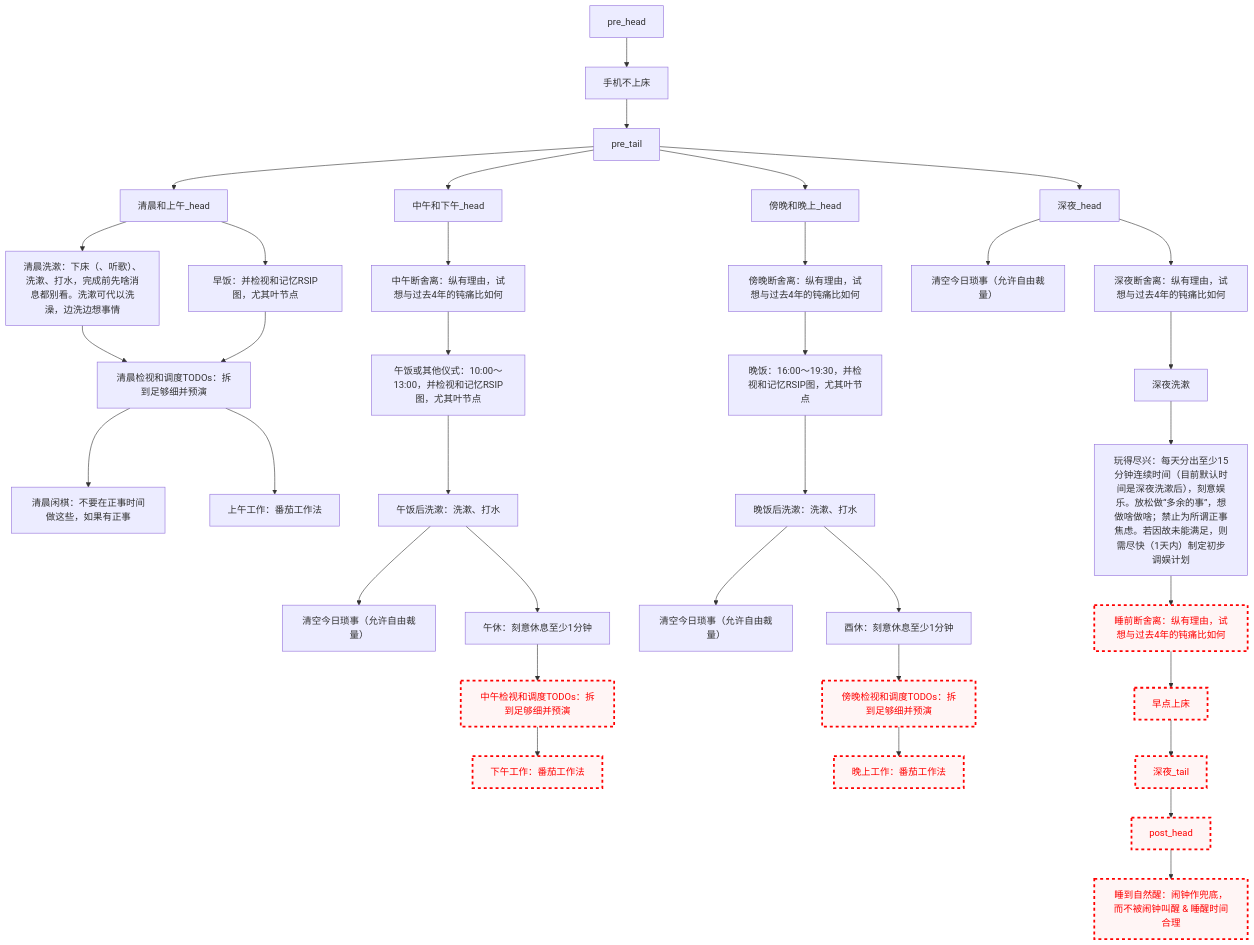
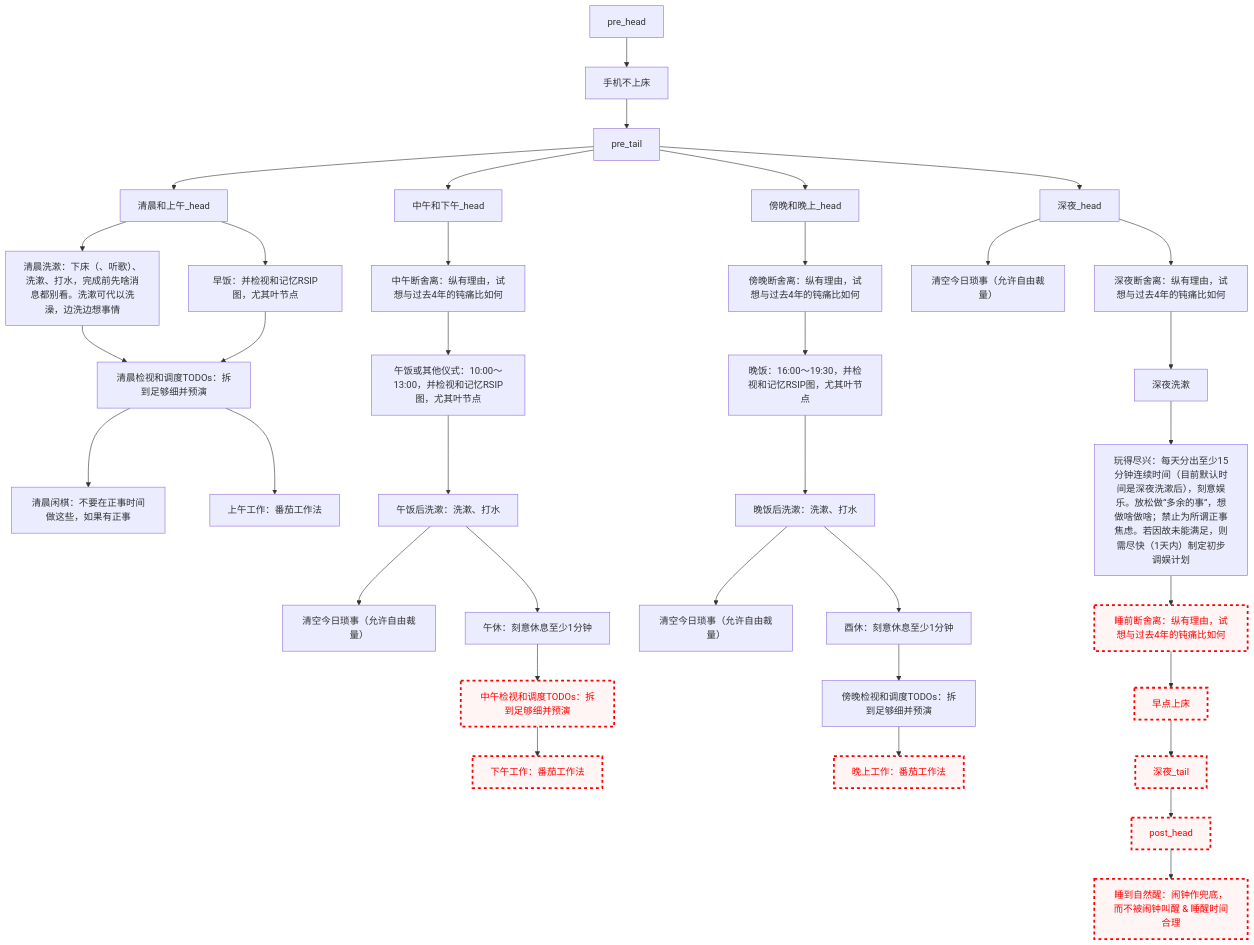
The diagram in README.md (Ethkuil/RSIP-tree), drawn with Mermaid before and after one commit.

Commit message:
enable 傍晚看TODO

````diff
--- a/README.md
+++ b/README.md
@@ -21,57 +21,56 @@
 ```mermaid
 graph TD
 
 classDef failed stroke:#ff0000, stroke-width:3px, color:#ff0000, fill:#fff5f5, stroke-dasharray: 5
 
 pre_head --> 手机不上床
 手机不上床 --> pre_tail
 
 
 pre_tail --> 清晨和上午_head
 清晨和上午_head --> 清晨洗漱[清晨洗漱：下床（、听歌）、洗漱、打水，完成前先啥消息都别看。洗漱可代以洗澡，边洗边想事情]
 清晨和上午_head --> 早饭[早饭：并检视和记忆RSIP图，尤其叶节点]
 清晨洗漱 --> 清晨看TODO[清晨检视和调度TODOs：拆到足够细并预演]
 早饭 --> 清晨看TODO
 清晨看TODO --> 清晨闲棋[清晨闲棋：不要在正事时间做这些，如果有正事]
 清晨看TODO --> 上午工作[上午工作：番茄工作法]
 
 pre_tail --> 中午和下午_head
 中午和下午_head --> 中午断舍离[中午断舍离：纵有理由，试想与过去4年的钝痛比如何]
 中午断舍离 --> 午饭[午饭或其他仪式：10:00～13:00，并检视和记忆RSIP图，尤其叶节点]
 午饭 --> 午饭后洗漱[午饭后洗漱：洗漱、打水]
 午饭后洗漱 --> 中午今日琐事[清空今日琐事（允许自由裁量）]
 午饭后洗漱 --> 午休[午休：刻意休息至少1分钟]
 午休 --> 中午看TODO[中午检视和调度TODOs：拆到足够细并预演]
 class 中午看TODO failed
 中午看TODO --> 下午工作[下午工作：番茄工作法]
 class 下午工作 failed
 
 pre_tail --> 傍晚和晚上_head
 傍晚和晚上_head --> 傍晚断舍离[傍晚断舍离：纵有理由，试想与过去4年的钝痛比如何]
 傍晚断舍离 --> 晚饭[晚饭：16:00～19:30，并检视和记忆RSIP图，尤其叶节点]
 晚饭 --> 晚饭后洗漱[晚饭后洗漱：洗漱、打水]
 晚饭后洗漱 --> 傍晚今日琐事[清空今日琐事（允许自由裁量）]
 晚饭后洗漱 --> 酉休[酉休：刻意休息至少1分钟]
 酉休 --> 傍晚看TODO[傍晚检视和调度TODOs：拆到足够细并预演]
-class 傍晚看TODO failed
 傍晚看TODO --> 晚上工作[晚上工作：番茄工作法]
 class 晚上工作 failed
 
 pre_tail --> 深夜_head
 深夜_head --> 深夜今日琐事[清空今日琐事（允许自由裁量）]
 深夜_head --> 深夜断舍离[深夜断舍离：纵有理由，试想与过去4年的钝痛比如何]
 深夜断舍离 --> 深夜洗漱
 深夜洗漱 --> 玩得尽兴[玩得尽兴：每天分出至少15分钟连续时间（目前默认时间是深夜洗漱后），刻意娱乐。放松做“多余的事”，想做啥做啥；禁止为所谓正事焦虑。若因故未能满足，则需尽快（1天内）制定初步调娱计划]
 玩得尽兴 --> 睡前断舍离[睡前断舍离：纵有理由，试想与过去4年的钝痛比如何]
 class 睡前断舍离 failed
 睡前断舍离 --> 早点上床
 class 早点上床 failed
 早点上床 --> 深夜_tail
 class 深夜_tail failed
 
 
 深夜_tail --> post_head
 class post_head failed
 post_head --> 睡到自然醒[睡到自然醒：闹钟作兜底，而不被闹钟叫醒 & 睡醒时间合理]
 class 睡到自然醒 failed
 ```
````
